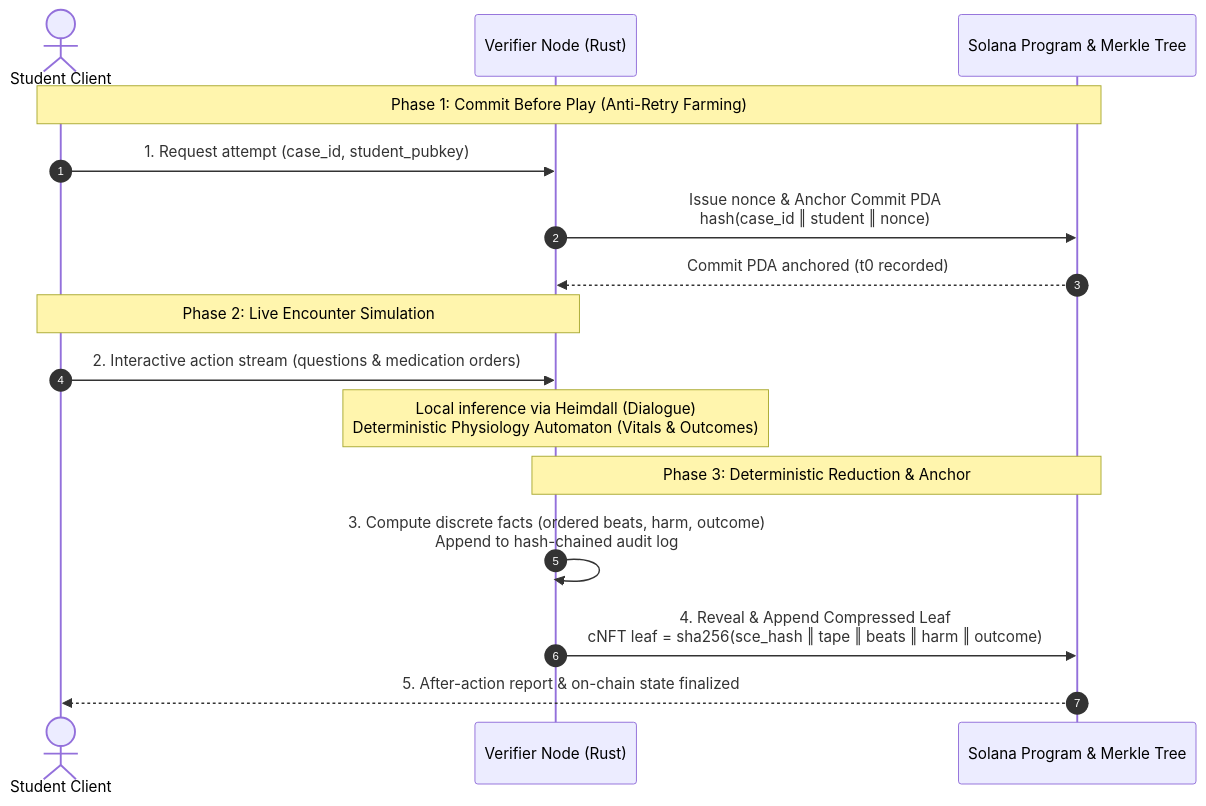
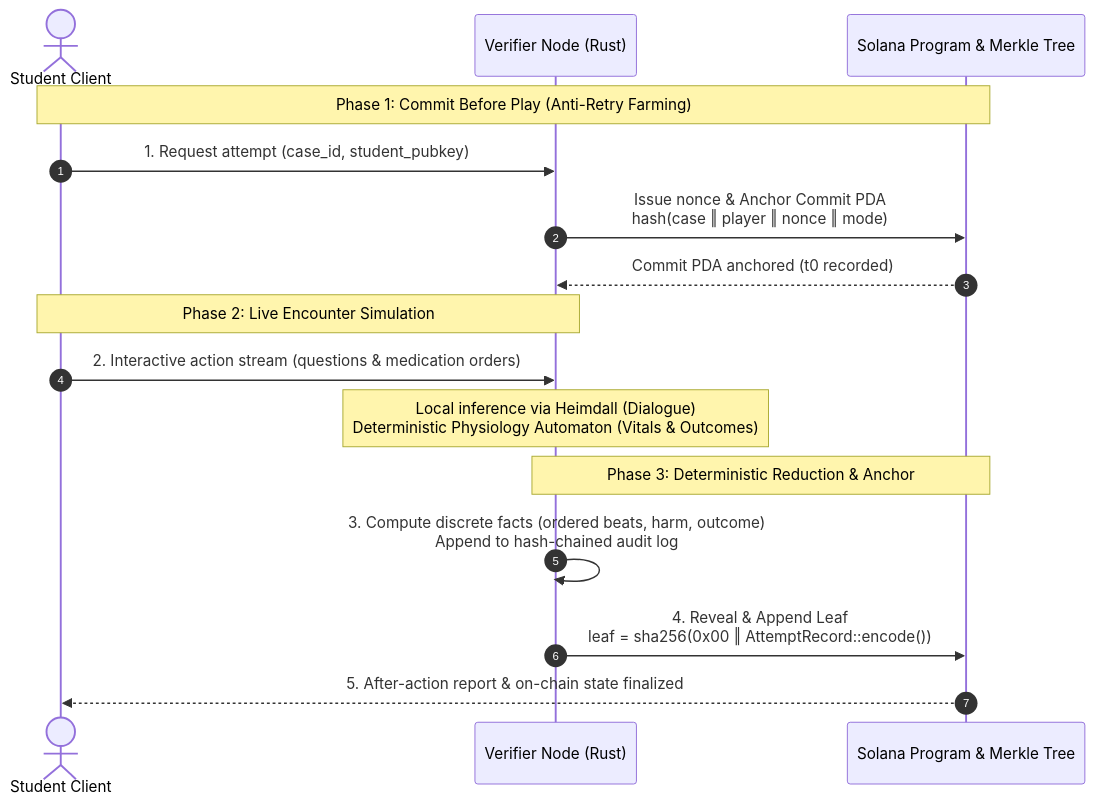
One commit to MegaWiz-Dev-Team/vitals changed the first of 5 diagrams in docs/ARCHITECTURE.md. Above: the diagram before and after it, drawn with Mermaid. The commit also changed other lines of this file and 3 other files, not shown here.

````diff
--- a/docs/ARCHITECTURE.md
+++ b/docs/ARCHITECTURE.md
@@ -16,21 +19,21 @@
 ```mermaid
 sequenceDiagram
     autonumber
     actor Student as Student Client
     participant Verifier as Verifier Node (Rust)
     participant Solana as Solana Program & Merkle Tree
 
     Note over Student,Solana: Phase 1: Commit Before Play (Anti-Retry Farming)
     Student->>Verifier: 1. Request attempt (case_id, student_pubkey)
-    Verifier->>Solana: Issue nonce & Anchor Commit PDA<br/>hash(case_id ‖ student ‖ nonce)
+    Verifier->>Solana: Issue nonce & Anchor Commit PDA<br/>hash(case ‖ player ‖ nonce ‖ mode)
     Solana-->>Verifier: Commit PDA anchored (t0 recorded)
 
     Note over Student,Verifier: Phase 2: Live Encounter Simulation
     Student->>Verifier: 2. Interactive action stream (questions & medication orders)
     Note over Verifier: Local inference via Heimdall (Dialogue)<br/>Deterministic Physiology Automaton (Vitals & Outcomes)
 
     Note over Verifier,Solana: Phase 3: Deterministic Reduction & Anchor
     Verifier->>Verifier: 3. Compute discrete facts (ordered beats, harm, outcome)<br/>Append to hash-chained audit log
-    Verifier->>Solana: 4. Reveal & Append Compressed Leaf<br/>cNFT leaf = sha256(sce_hash ‖ tape ‖ beats ‖ harm ‖ outcome)
+    Verifier->>Solana: 4. Reveal & Append Leaf<br/>leaf = sha256(0x00 ‖ AttemptRecord::encode())
     Solana-->>Student: 5. After-action report & on-chain state finalized
 ```
````
